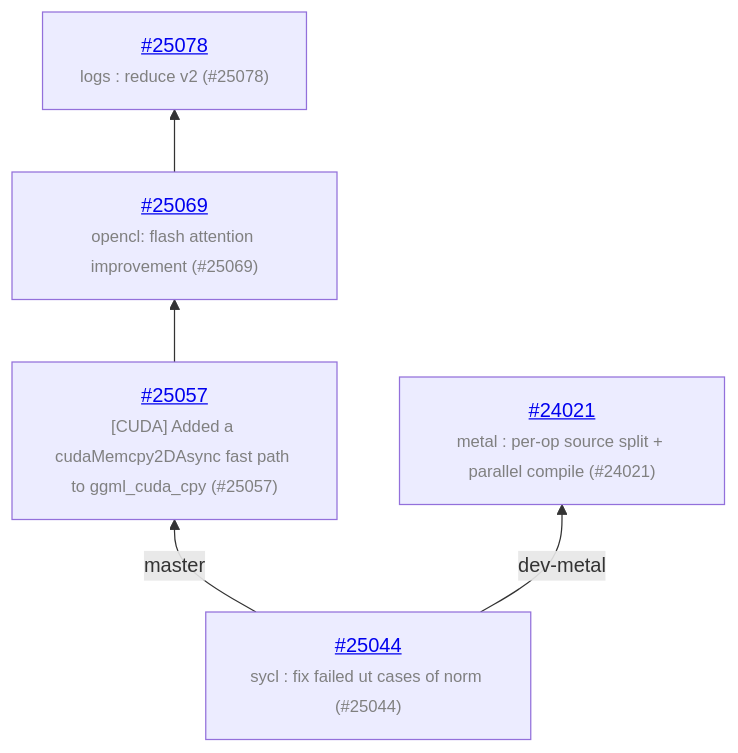
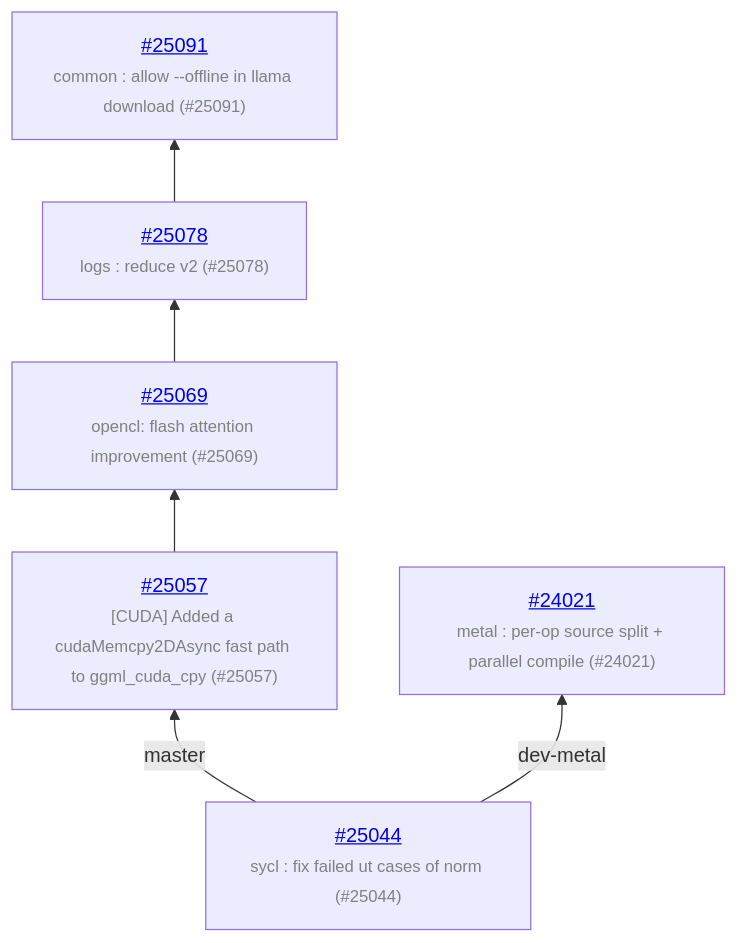
Before and after one commit to ggml-org/llama.cpp-dev: the diagram in README.md, drawn with Mermaid. The commit also changed other lines of this file and 1 other file, not shown here.

Commit message:
auto: update

````diff
--- a/README.md
+++ b/README.md
@@ -13,12 +13,14 @@
 ```mermaid
 graph BT
     COMMON["<a href='https://github.com/ggml-org/llama.cpp/pull/25044'>#25044</a><br/><span style='font-size:smaller;color:gray'>sycl : fix failed ut cases of norm (#25044)</span>"]
     COMMON -->|master| C_0ed235e
     C_0ed235e["<a href='https://github.com/ggml-org/llama.cpp/pull/25057'>#25057</a><br/><span style='font-size:smaller;color:gray'>[CUDA] Added a cudaMemcpy2DAsync fast path to ggml_cuda_cpy (#25057)</span>"]
     C_0ed235e --> C_ebd048f
     C_ebd048f["<a href='https://github.com/ggml-org/llama.cpp/pull/25069'>#25069</a><br/><span style='font-size:smaller;color:gray'>opencl: flash attention improvement (#25069)</span>"]
     C_ebd048f --> C_27c8bb4
     C_27c8bb4["<a href='https://github.com/ggml-org/llama.cpp/pull/25078'>#25078</a><br/><span style='font-size:smaller;color:gray'>logs : reduce v2 (#25078)</span>"]
+    C_27c8bb4 --> C_c1a1c8e
+    C_c1a1c8e["<a href='https://github.com/ggml-org/llama.cpp/pull/25091'>#25091</a><br/><span style='font-size:smaller;color:gray'>common : allow --offline in llama download (#25091)</span>"]
     COMMON -->|dev-metal| C_f7c1df6
     C_f7c1df6["<a href='https://github.com/ggml-org/llama.cpp/pull/24021'>#24021</a><br/><span style='font-size:smaller;color:gray'>metal : per-op source split + parallel compile (#24021)</span>"]
 ```
````
